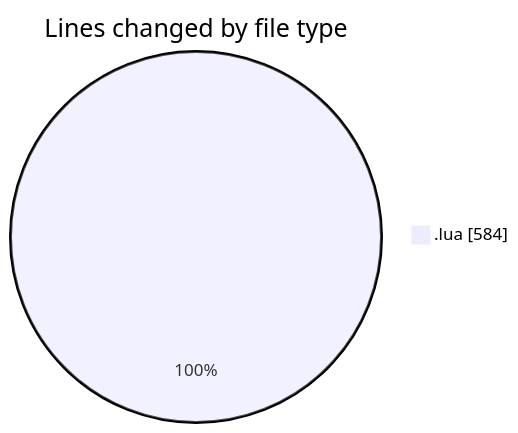
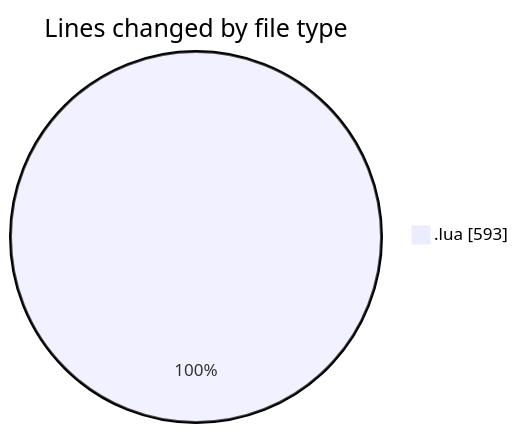
Before and after one commit to EIIisD/code-tracking: the first of 2 diagrams in 2025-08-10/_hammerspoon/README.md, drawn with Mermaid. The commit also changed other lines of this file and 1 other file, not shown here.

````diff
--- a/2025-08-10/_hammerspoon/README.md
+++ b/2025-08-10/_hammerspoon/README.md
@@ -22,5 +22,5 @@
 ```mermaid
 pie showData
 title Lines changed by file type
-".lua" : 584
+".lua" : 593
 ```
````
